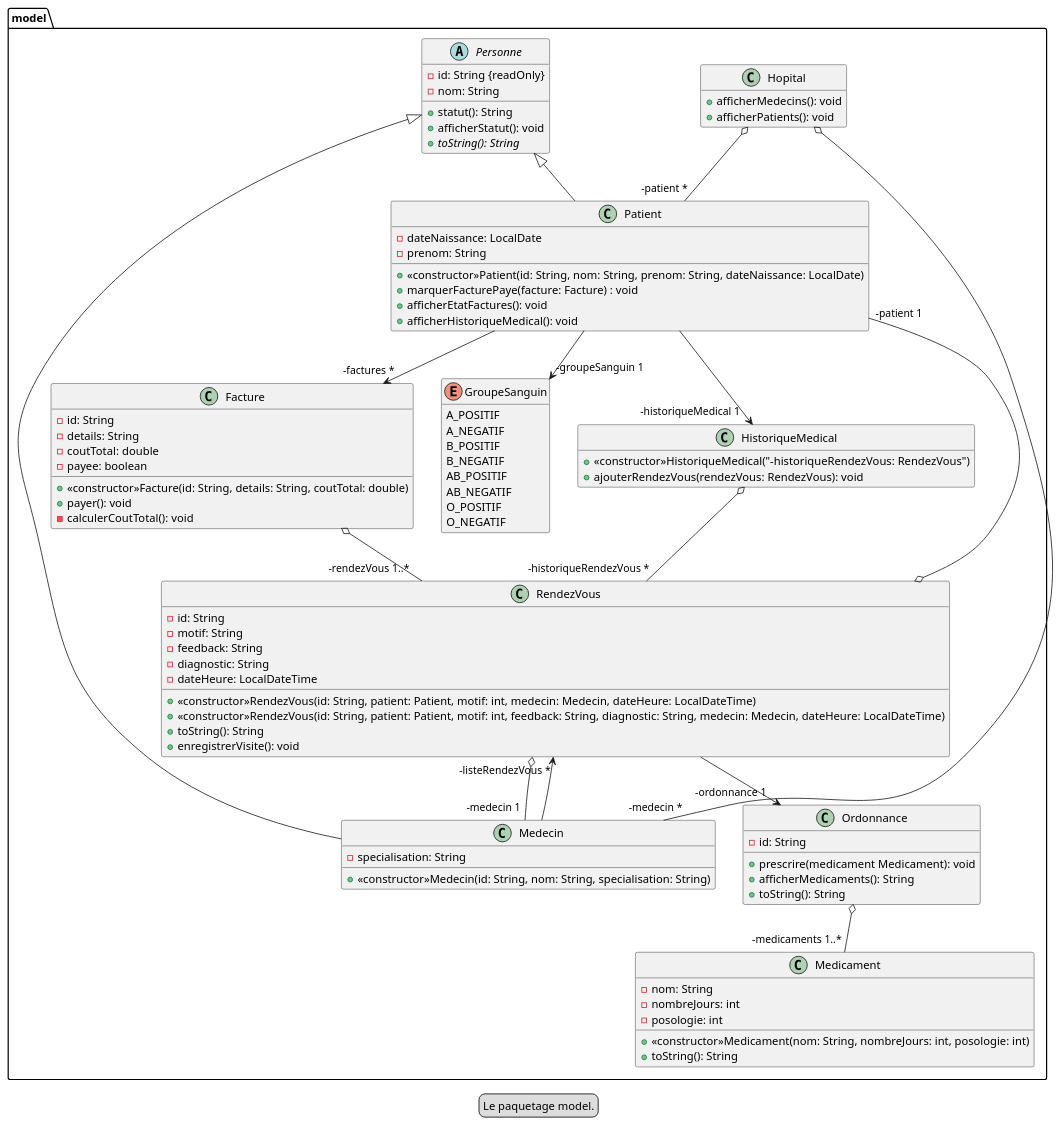
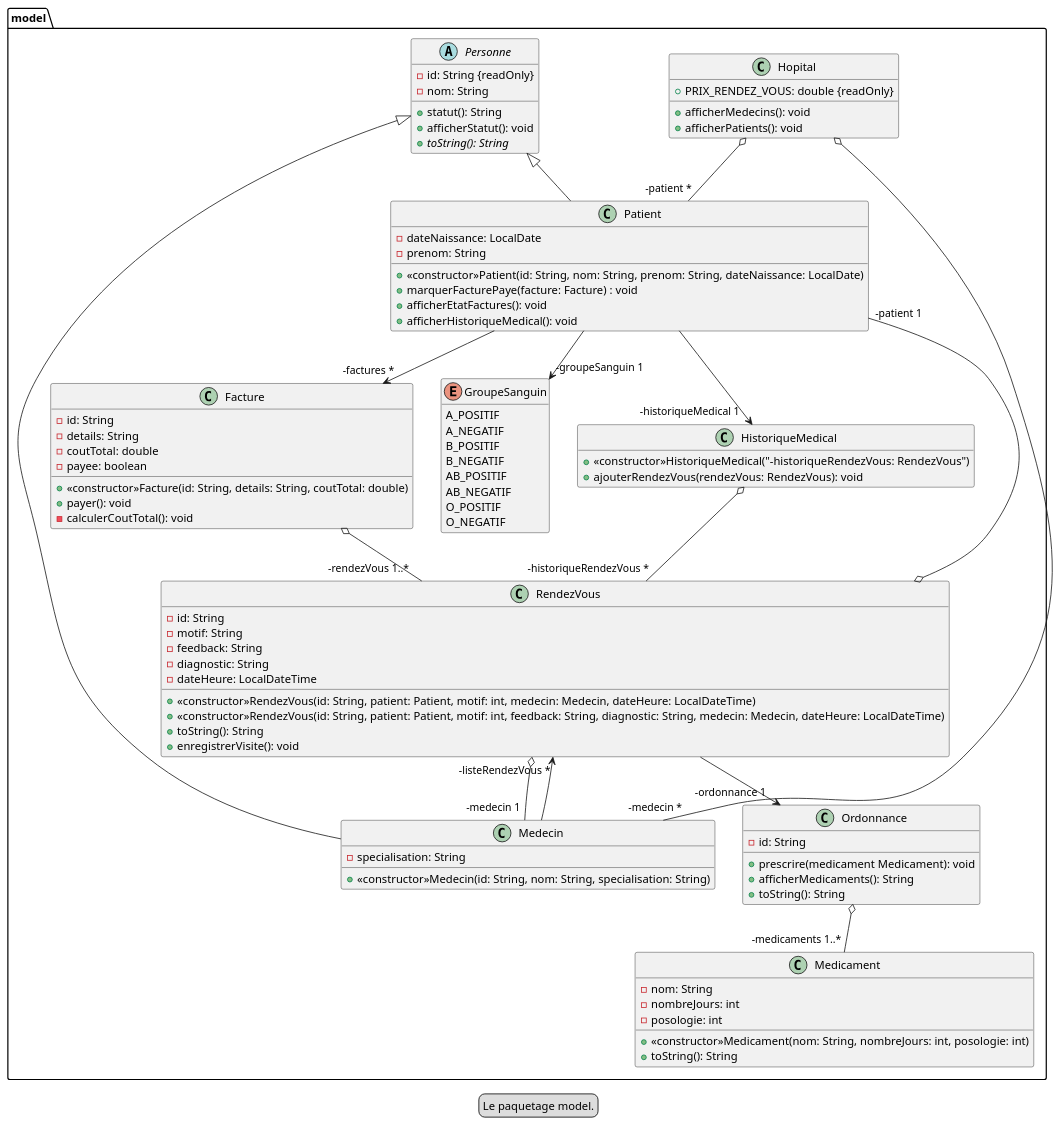
Before and after one commit to carlkolodziejski/hopital: the diagram in plantuml/diagrammeModele.puml, drawn with PlantUML.

Commit message:
Ajout de la constante PRIX_RENDEZ_VOUS

```diff
--- a/plantuml/diagrammeModele.puml
+++ b/plantuml/diagrammeModele.puml
@@ -1,117 +1,118 @@
 @startuml
 
 legend Le paquetage model.
 
 hide empty members
 
 package model {
 
     abstract class Personne {
         -id: String {readOnly}
         -nom: String
 
         +statut(): String
         +afficherStatut(): void
         +{abstract}toString(): String
     }
 
     class Patient extends Personne {
         -dateNaissance: LocalDate
         -prenom: String
 
         +<<constructor>>Patient(id: String, nom: String, prenom: String, dateNaissance: LocalDate)
         +marquerFacturePaye(facture: Facture) : void
         +afficherEtatFactures(): void
         +afficherHistoriqueMedical(): void
     }
 
 
     class Medecin extends Personne {
         -specialisation: String
 
         +<<constructor>>Medecin(id: String, nom: String, specialisation: String)
     }
 
     class RendezVous {
         -id: String
         -motif: String
         -feedback: String
         -diagnostic: String
         -dateHeure: LocalDateTime
 
         +<<constructor>>RendezVous(id: String, patient: Patient, motif: int, medecin: Medecin, dateHeure: LocalDateTime)
         +<<constructor>>RendezVous(id: String, patient: Patient, motif: int, feedback: String, diagnostic: String, medecin: Medecin, dateHeure: LocalDateTime)
         +toString(): String
         +enregistrerVisite(): void
     }
 
     class Ordonnance {
         -id: String
 
         +prescrire(medicament Medicament): void
         +afficherMedicaments(): String
         +toString(): String
     }
 
     class Medicament {
         -nom: String
         -nombreJours: int
         -posologie: int
 
         +<<constructor>>Medicament(nom: String, nombreJours: int, posologie: int)
         +toString(): String
     }
 
     class Facture {
         -id: String
         -details: String
         -coutTotal: double
         -payee: boolean
 
         +<<constructor>>Facture(id: String, details: String, coutTotal: double)
         +payer(): void
         -calculerCoutTotal(): void
     }
 
     class Hopital {
+        +PRIX_RENDEZ_VOUS: double {readOnly}
         +afficherMedecins(): void
         +afficherPatients(): void
     }
 
     class HistoriqueMedical {
         +<<constructor>>HistoriqueMedical("-historiqueRendezVous: RendezVous")
         +ajouterRendezVous(rendezVous: RendezVous): void
     }
 
     enum GroupeSanguin {
         A_POSITIF
         A_NEGATIF
         B_POSITIF
         B_NEGATIF
         AB_POSITIF
         AB_NEGATIF
         O_POSITIF
         O_NEGATIF
     }
 
     Patient --> "-factures *" Facture
     Patient --> "-groupeSanguin 1" GroupeSanguin
     Patient --> "-historiqueMedical 1" HistoriqueMedical
 
     Medecin --> "-listeRendezVous *" RendezVous
 
     RendezVous o-- "-medecin 1" Medecin
     RendezVous o-- "-patient 1" Patient
     RendezVous --> "-ordonnance 1" Ordonnance
 
     Ordonnance o-- "-medicaments 1..*" Medicament
 
     Hopital o-- "-medecin *" Medecin
     Hopital o-- "-patient *" Patient
 
     HistoriqueMedical o-- "-historiqueRendezVous *" RendezVous
 
     Facture o-- "-rendezVous 1..*" RendezVous
 }
 
 @enduml
```
